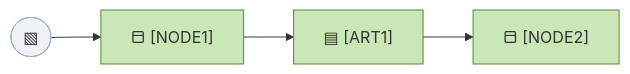
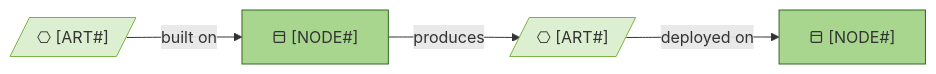
The diagram in plugins/archreator/assets/layers/5_technology/2_deployment.md (roanboc/archreator), drawn with Mermaid before and after one commit. The commit also changed 68 other files, not shown here.

````diff
--- a/plugins/archreator/assets/layers/5_technology/2_deployment.md
+++ b/plugins/archreator/assets/layers/5_technology/2_deployment.md
@@ -58,12 +58,14 @@
 ```mermaid
 flowchart LR
-  src(["▧ <The source it is built from>"]):::artifact
-  build["⬒ <Where it is built> [NODE1]"]:::technology
-  art["▤ <What the build produces> [ART1]"]:::technology
-  host["⬒ <Where it is served from> [NODE2]"]:::technology
+  src[/"⎔ <The source it is built from> [ART#]"/]:::artifact
+  build["⬒ <Where it is built> [NODE#]"]:::node
+  art[/"⎔ <What the build produces> [ART#]"/]:::artifact
+  host["⬒ <Where it is served from> [NODE#]"]:::node
 
-  src --> build --> art --> host
+  src -->|built on| build
+  build -->|produces| art
+  art -->|deployed on| host
 
-  classDef technology fill:#c9e7b7,stroke:#558b2f,color:#333
-  classDef artifact fill:#eef2f7,stroke:#9fb0c4,color:#333
+  classDef artifact fill:#dcefd0,stroke:#7cb342,color:#333
+  classDef node fill:#a9d68f,stroke:#33691e,color:#333
 ```
````
